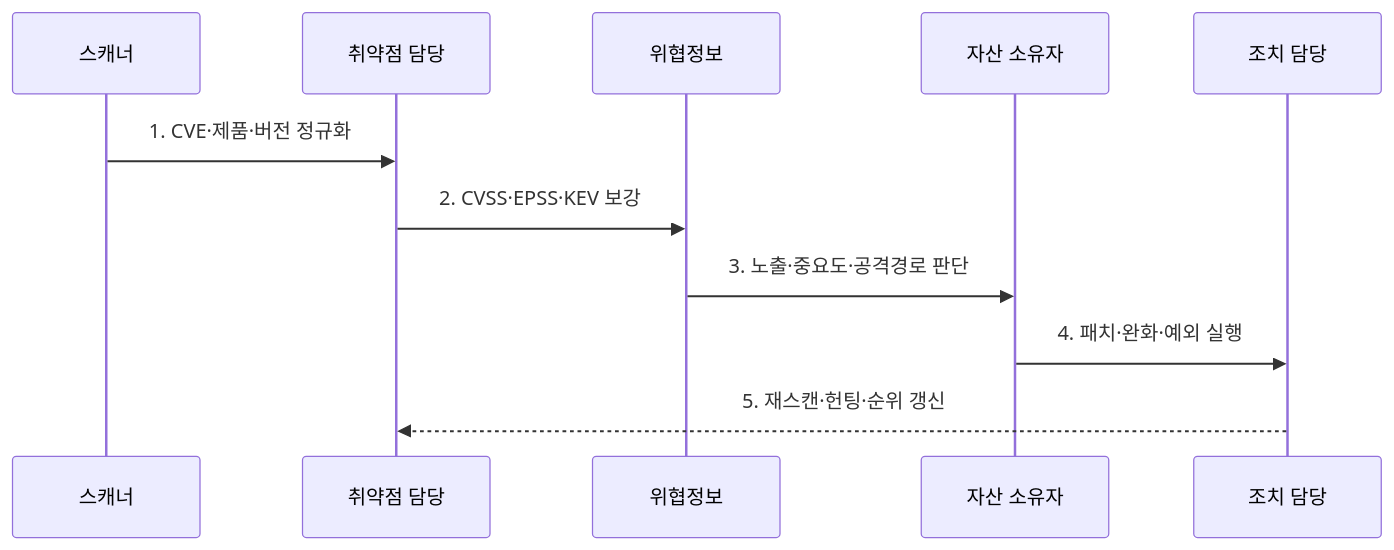
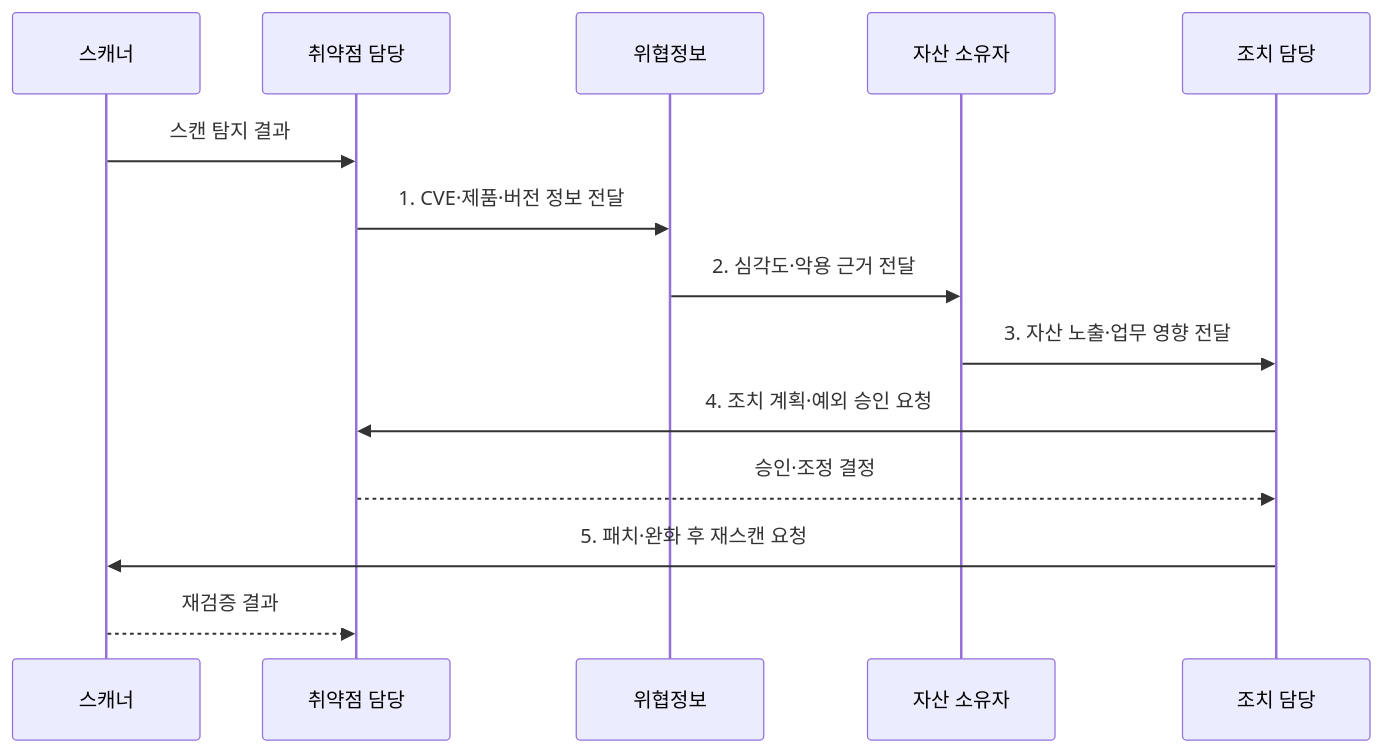
Before and after one commit to agnusdei1207/knowledge-base: the second of 2 diagrams in src/content/docs/notes/05-security/120_vulnerability_prioritization_epss_cvss.md, drawn with Mermaid. The commit also changed other lines of this file and 20 other files, not shown here.

````diff
--- a/src/content/docs/notes/05-security/120_vulnerability_prioritization_epss_cvss.md
+++ b/src/content/docs/notes/05-security/120_vulnerability_prioritization_epss_cvss.md
@@ -78,13 +78,16 @@
 ```mermaid
 sequenceDiagram
   participant S as 스캐너
   participant V as 취약점 담당
   participant T as 위협정보
   participant A as 자산 소유자
   participant O as 조치 담당
-  S->>V: 1. CVE·제품·버전 정규화
-  V->>T: 2. CVSS·EPSS·KEV 보강
-  T->>A: 3. 노출·중요도·공격경로 판단
-  A->>O: 4. 패치·완화·예외 실행
-  O-->>V: 5. 재스캔·헌팅·순위 갱신
+  S->>V: 스캔 탐지 결과
+  V->>T: 1. CVE·제품·버전 정보 전달
+  T->>A: 2. 심각도·악용 근거 전달
+  A->>O: 3. 자산 노출·업무 영향 전달
+  O->>V: 4. 조치 계획·예외 승인 요청
+  V-->>O: 승인·조정 결정
+  O->>S: 5. 패치·완화 후 재스캔 요청
+  S-->>V: 재검증 결과
 ```
````
